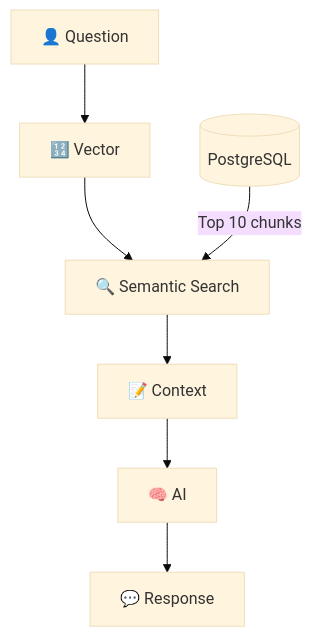
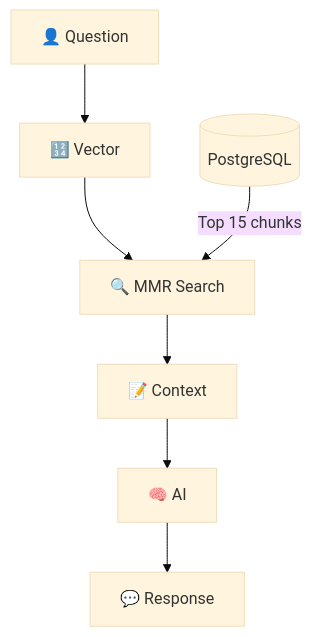
One commit to elimarcavalli/mba-ia-desafio-ingestao-busca changed the second of 2 diagrams in docs/en-US/2-RAG-PIPELINE-en-US.md. Above: the diagram before and after it, drawn with Mermaid (base theme). The commit also changed other lines of this file and 8 other files, not shown here.

First line of the commit message:
docs: sync README and architecture docs with current project state

````diff
--- a/docs/en-US/2-RAG-PIPELINE-en-US.md
+++ b/docs/en-US/2-RAG-PIPELINE-en-US.md
@@ -51,9 +52,9 @@
 ```mermaid
 graph TD
     User[👤 Question] --> QueryEmbed[🔢 Vector]
-    QueryEmbed --> Search[🔍 Semantic Search]
-    DB[(PostgreSQL)] -->|Top 10 chunks| Search
+    QueryEmbed --> Search[🔍 MMR Search]
+    DB[(PostgreSQL)] -->|Top 15 chunks| Search
     Search --> Context[📝 Context]
     Context --> LLM[🧠 AI]
     LLM --> Answer[💬 Response]
 ```
````
